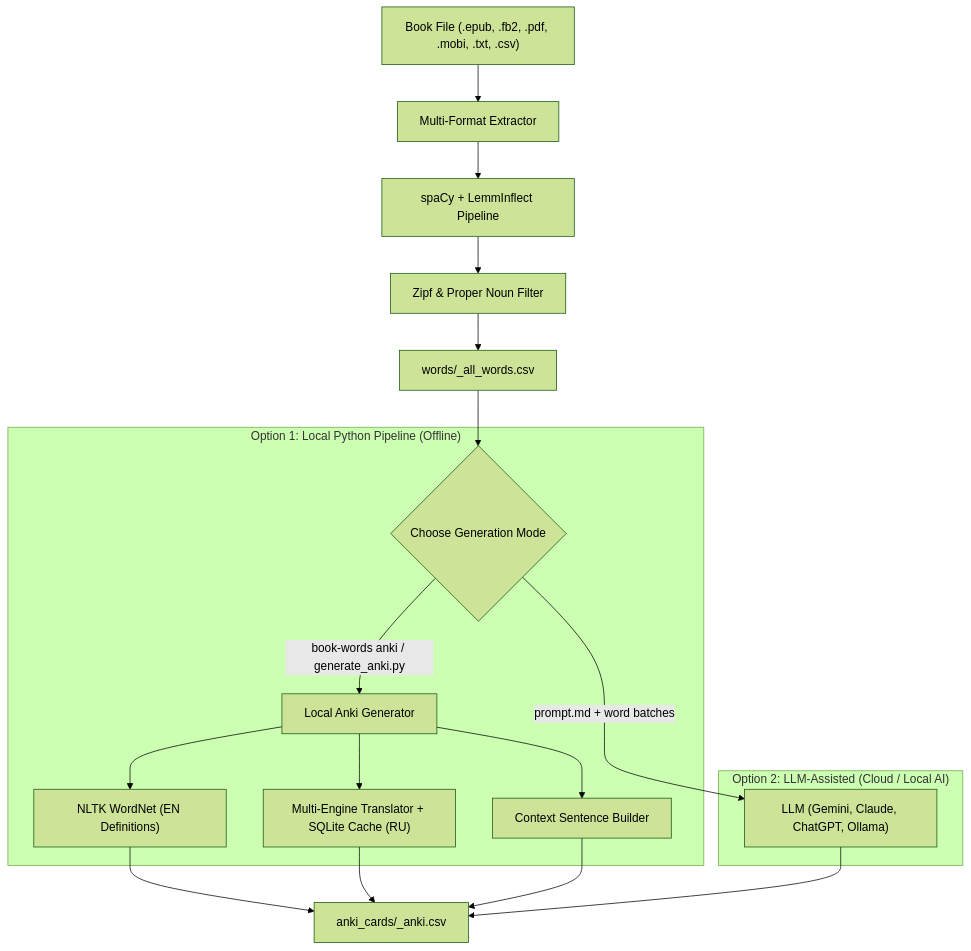
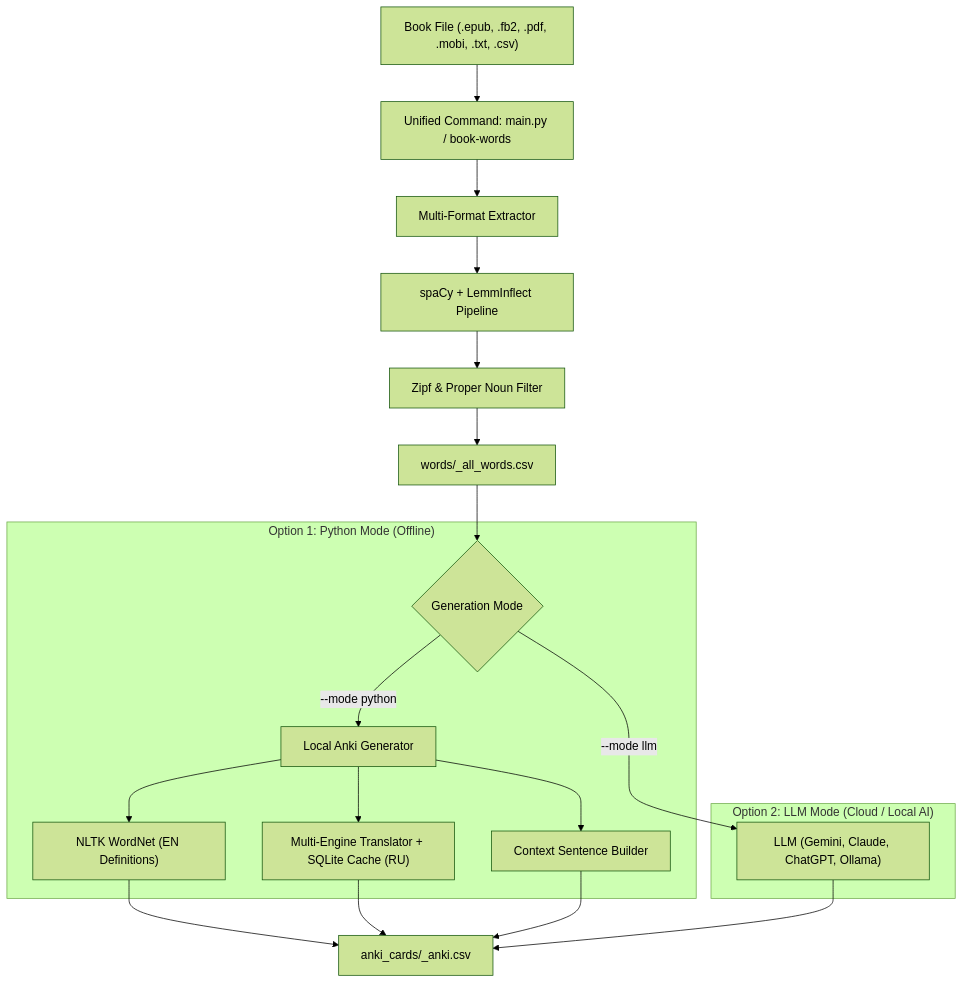
Before and after one commit to alibek-galiyev/ANKI-cards-generator: the diagram in README.md, drawn with Mermaid (forest theme). The commit also changed other lines of this file and 4 other files, not shown here.

Commit message:
Unify extract + Anki generation into single command, remove generate_anki.py

````diff
--- a/README.md
+++ b/README.md
@@ -38,23 +38,24 @@
 ```mermaid
 flowchart TD
-    BOOK["Book File (.epub, .fb2, .pdf, .mobi, .txt, .csv)"] --> EXT["Multi-Format Extractor"]
+    BOOK["Book File (.epub, .fb2, .pdf, .mobi, .txt, .csv)"] --> MAIN["Unified Command: main.py / book-words"]
+    MAIN --> EXT["Multi-Format Extractor"]
     EXT --> NLP["spaCy + LemmInflect Pipeline"]
     NLP --> FILT["Zipf & Proper Noun Filter"]
     FILT --> WORDS["words/<book>_all_words.csv"]
     
-    WORDS --> MODE{Choose Generation Mode}
+    WORDS --> MODE{Generation Mode}
     
-    subgraph LOCAL["Option 1: Local Python Pipeline (Offline)"]
-        MODE -->|book-words anki / generate_anki.py| GEN["Local Anki Generator"]
+    subgraph LOCAL["Option 1: Python Mode (Offline)"]
+        MODE -->|--mode python| GEN["Local Anki Generator"]
         GEN --> WN["NLTK WordNet (EN Definitions)"]
         GEN --> TRANS["Multi-Engine Translator + SQLite Cache (RU)"]
         GEN --> SENT["Context Sentence Builder"]
     end
     
-    subgraph LLM["Option 2: LLM-Assisted (Cloud / Local AI)"]
-        MODE -->|prompt.md + word batches| AI["LLM (Gemini, Claude, ChatGPT, Ollama)"]
+    subgraph LLM["Option 2: LLM Mode (Cloud / Local AI)"]
+        MODE -->|--mode llm| AI["LLM (Gemini, Claude, ChatGPT, Ollama)"]
     end
     
     WN & TRANS & SENT --> ANKI["anki_cards/<book>_anki.csv"]
     AI --> ANKI
 ```
````
